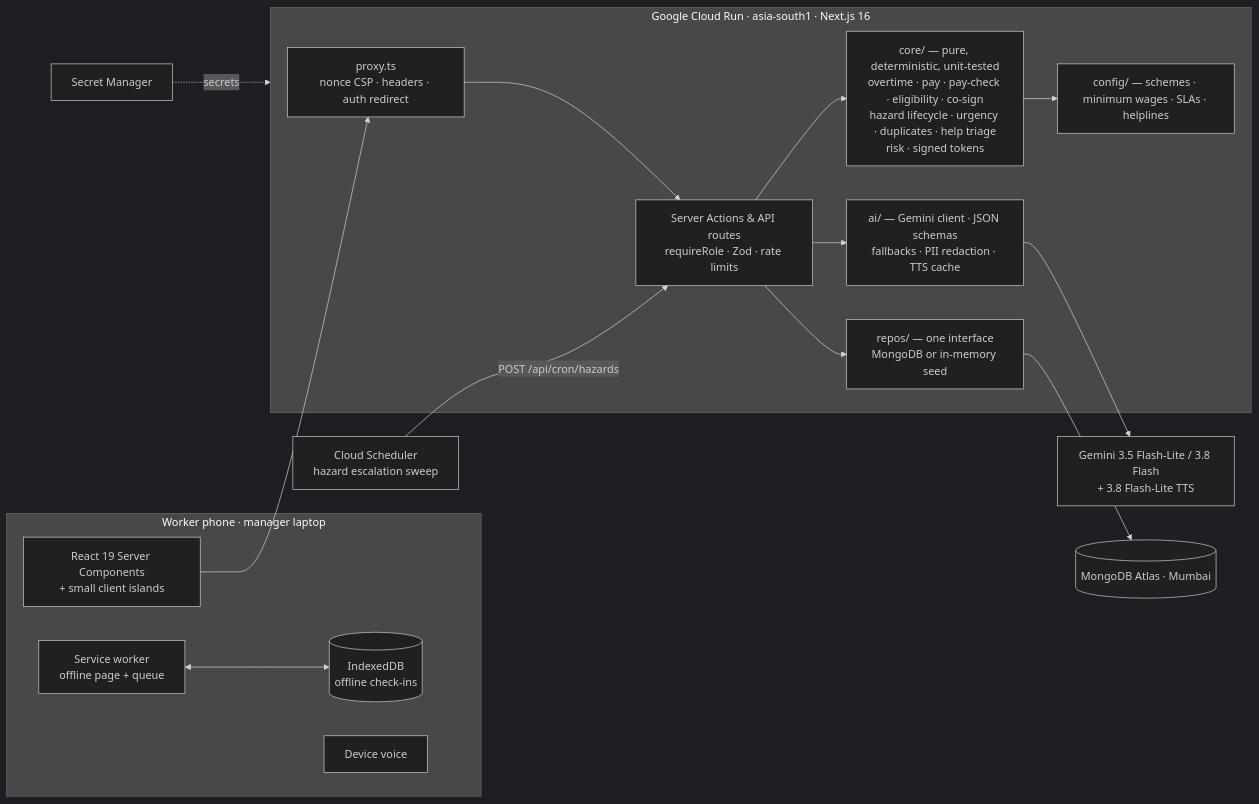
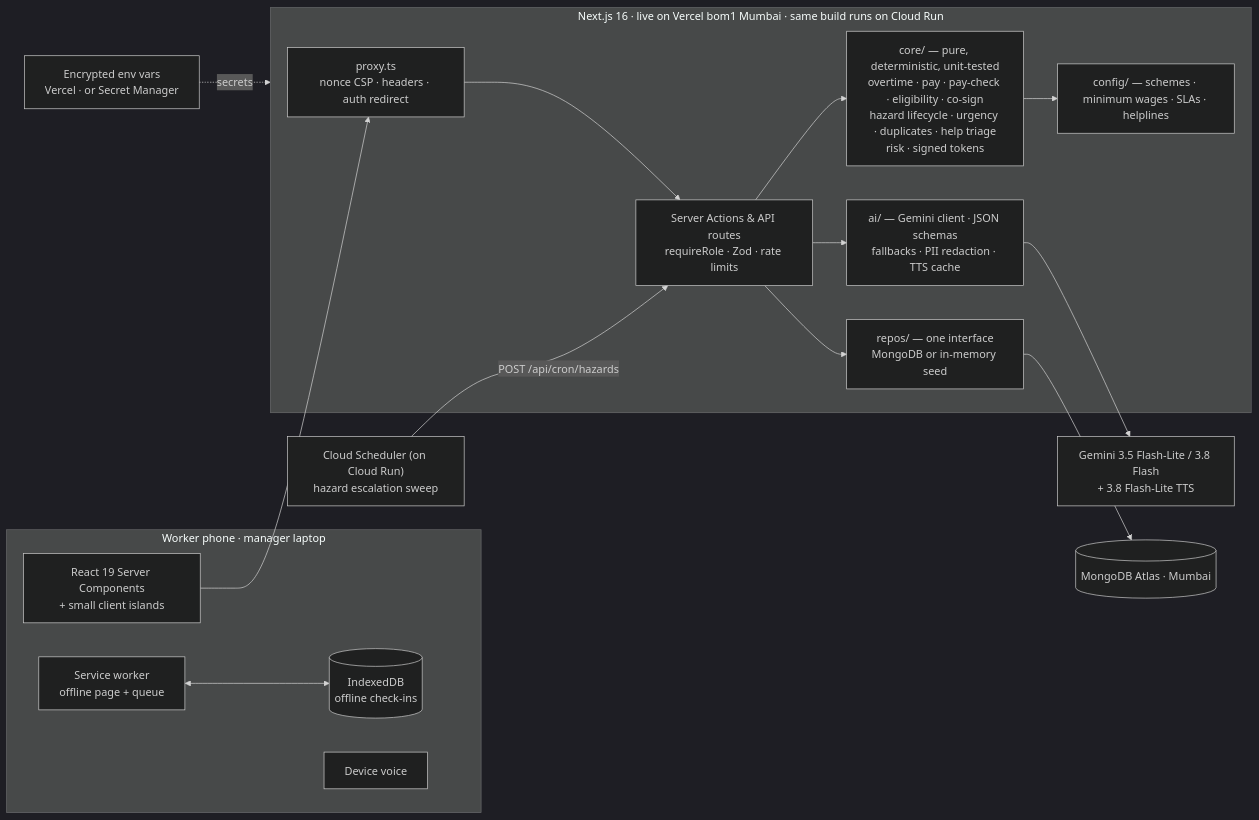
Before and after one commit to amanmaskara04/fairshift: the diagram in README.md, drawn with Mermaid (dark theme). The commit also changed other lines of this file and 2 other files, not shown here.

````diff
--- a/README.md
+++ b/README.md
@@ -95,32 +95,32 @@
 ```mermaid
 flowchart LR
     subgraph Phone["Worker phone · manager laptop"]
         UI["React 19 Server Components<br/>+ small client islands"]
         SW["Service worker<br/>offline page + queue"]
         IDB[("IndexedDB<br/>offline check-ins")]
         TTS1["Device voice"]
     end
 
-    subgraph Run["Google Cloud Run · asia-south1 · Next.js 16"]
+    subgraph Run["Next.js 16 · live on Vercel bom1 Mumbai · same build runs on Cloud Run"]
         PX["proxy.ts<br/>nonce CSP · headers · auth redirect"]
         SA["Server Actions & API routes<br/>requireRole · Zod · rate limits"]
         CORE["core/ — pure, deterministic, unit-tested<br/>overtime · pay · pay-check · eligibility · co-sign<br/>hazard lifecycle · urgency · duplicates · help triage<br/>risk · signed tokens"]
         CFG["config/ — schemes · minimum wages · SLAs · helplines"]
         AI["ai/ — Gemini client · JSON schemas<br/>fallbacks · PII redaction · TTS cache"]
         REPO["repos/ — one interface<br/>MongoDB or in-memory seed"]
     end
 
     GEM["Gemini 3.5 Flash-Lite / 3.8 Flash<br/>+ 3.8 Flash-Lite TTS"]
     DB[("MongoDB Atlas · Mumbai")]
-    SM["Secret Manager"]
-    SCH["Cloud Scheduler<br/>hazard escalation sweep"]
+    SM["Encrypted env vars<br/>Vercel · or Secret Manager"]
+    SCH["Cloud Scheduler (on Cloud Run)<br/>hazard escalation sweep"]
 
     UI --> PX --> SA
     SW <--> IDB
     SA --> CORE
     CORE --> CFG
     SA --> AI --> GEM
     SA --> REPO --> DB
     SM -. secrets .-> Run
     SCH -- "POST /api/cron/hazards" --> SA
 ```
````
